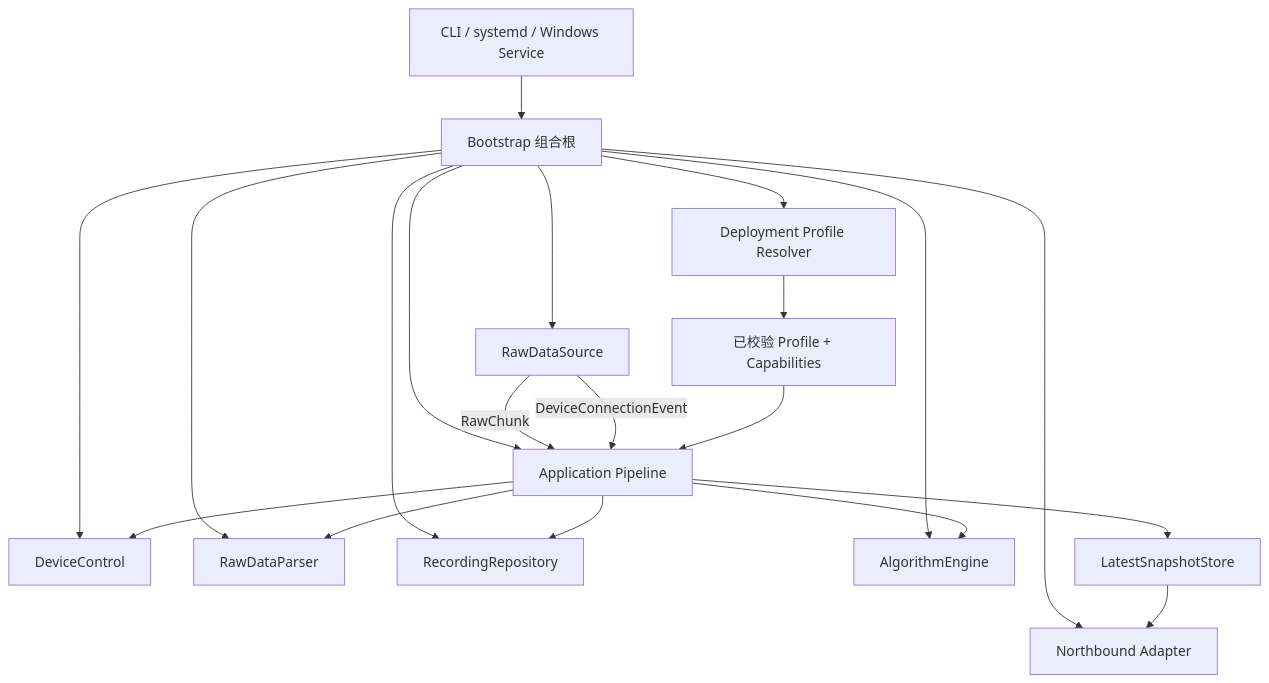
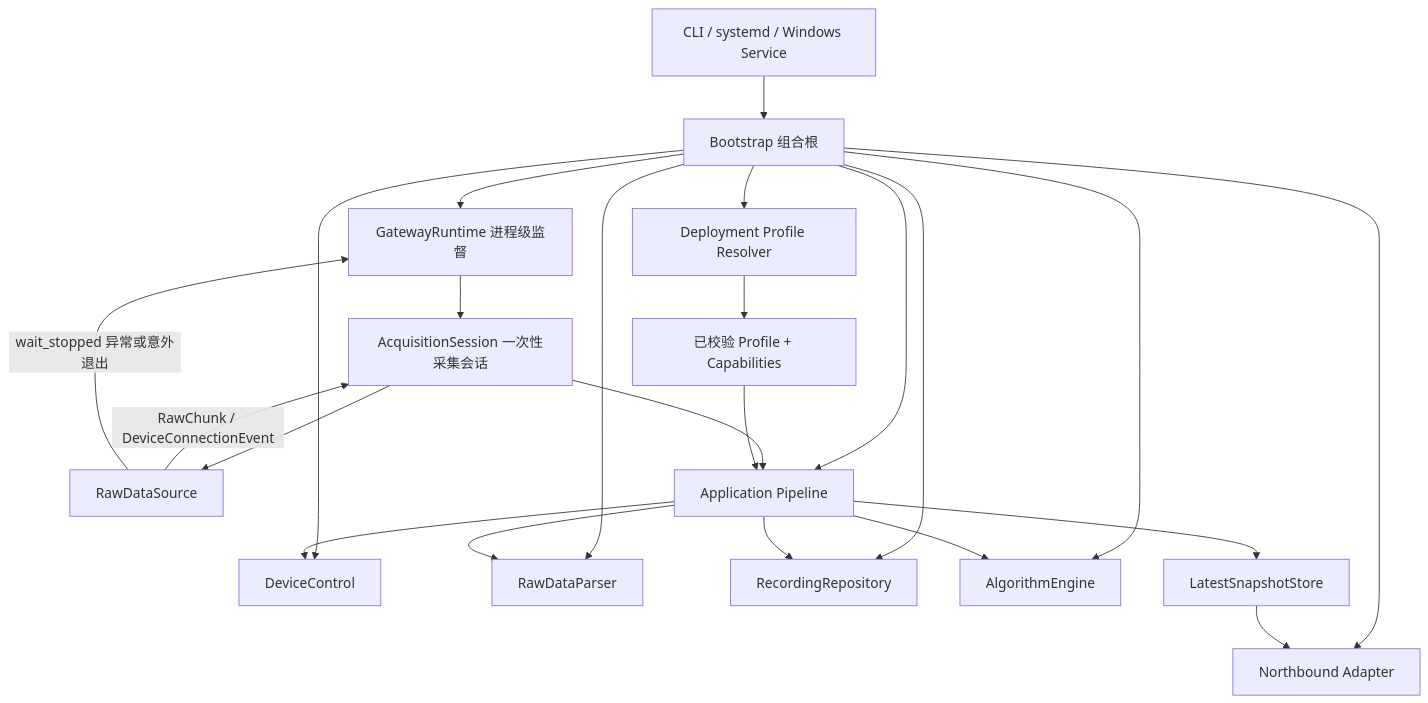
One commit to Entertech/NeuroBridge changed the first of 11 diagrams in doc/tech/NeuroBridge项目结构与多系统接入/NeuroBridge项目结构与多系统接入_技术方案.md. Above: the diagram before and after it, drawn with Mermaid. The commit also changed other lines of this file and 27 other files, not shown here.

````diff
--- a/doc/tech/NeuroBridge项目结构与多系统接入/NeuroBridge项目结构与多系统接入_技术方案.md
+++ b/doc/tech/NeuroBridge项目结构与多系统接入/NeuroBridge项目结构与多系统接入_技术方案.md
@@ -71,24 +71,27 @@
 ```mermaid
 flowchart TB
     ENTRY[CLI / systemd / Windows Service] --> BOOT[Bootstrap 组合根]
     BOOT --> RESOLVER[Deployment Profile Resolver]
     RESOLVER --> PROFILE[已校验 Profile + Capabilities]
 
-    BOOT --> SOURCE[RawDataSource]
+    BOOT --> RT[GatewayRuntime 进程级监督]
+    RT --> SESSION[AcquisitionSession 一次性采集会话]
+    SESSION --> SOURCE[RawDataSource]
     BOOT --> CONTROL[DeviceControl]
     BOOT --> PARSER[RawDataParser]
     BOOT --> APP[Application Pipeline]
     BOOT --> STORAGE[RecordingRepository]
     BOOT --> ALG[AlgorithmEngine]
     BOOT --> NB[Northbound Adapter]
 
-    SOURCE -->|RawChunk| APP
-    SOURCE -->|DeviceConnectionEvent| APP
+    SOURCE -->|RawChunk / DeviceConnectionEvent| SESSION
+    SESSION --> APP
+    SOURCE -->|wait_stopped 异常或意外退出| RT
     APP --> PARSER
     APP --> CONTROL
     APP --> STORAGE
     APP --> ALG
     APP --> SNAP[LatestSnapshotStore]
     SNAP --> NB
     PROFILE --> APP
 ```
````
